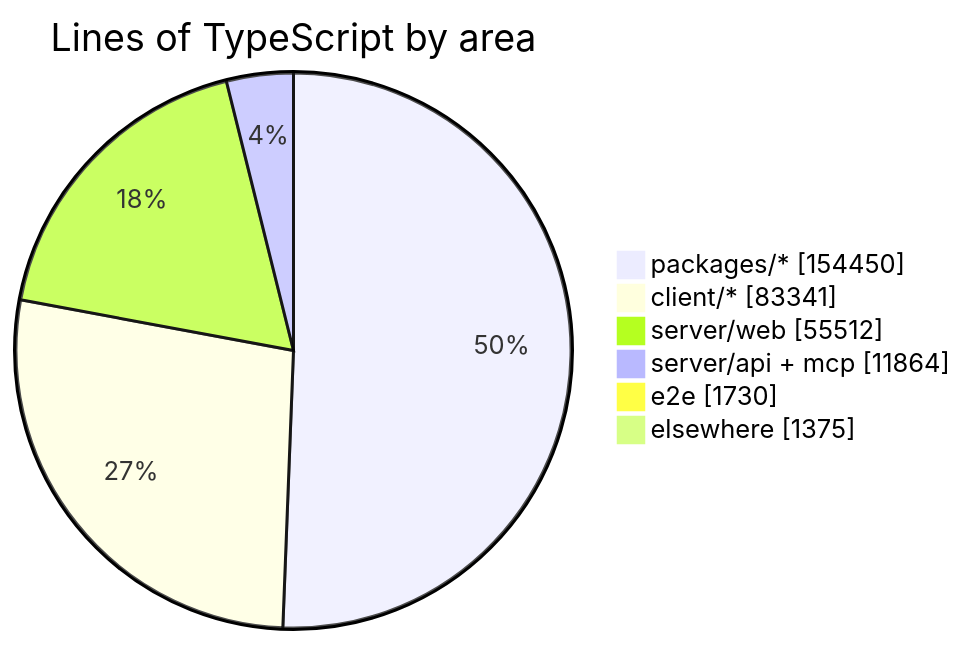
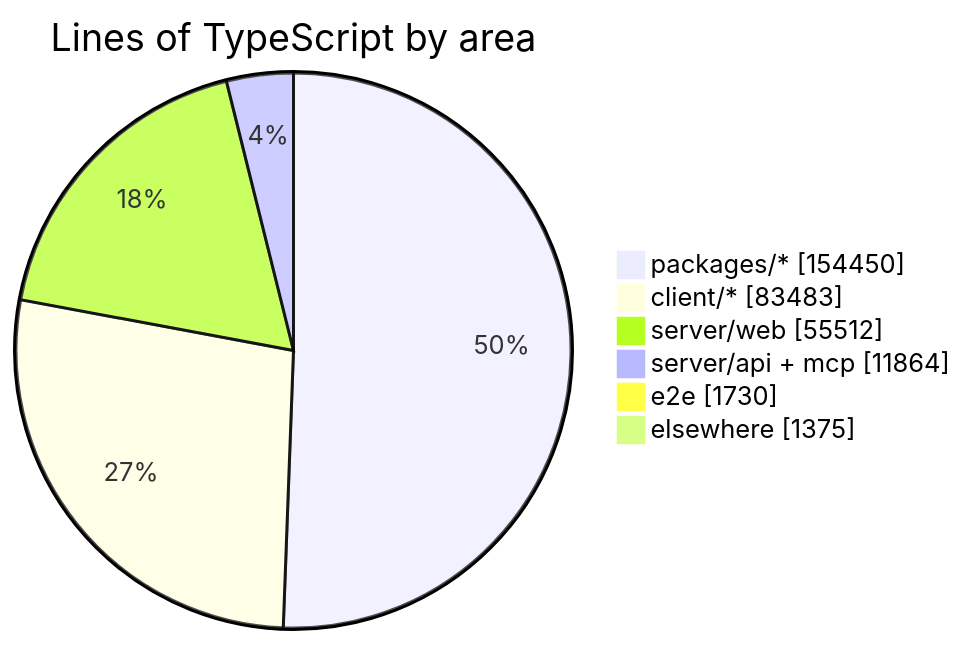
Before and after one commit to crossworks-engineering/mantle: the diagram in README.md, drawn with Mermaid. The commit also changed other lines of this file and 4 other files, not shown here.

````diff
--- a/README.md
+++ b/README.md
@@ -279,9 +279,9 @@
 ```mermaid
 pie showData title Lines of TypeScript by area
     "packages/*" : 154450
-    "client/*" : 83341
+    "client/*" : 83483
     "server/web" : 55512
     "server/api + mcp" : 11864
     "e2e" : 1730
     "elsewhere" : 1375
 ```
````
